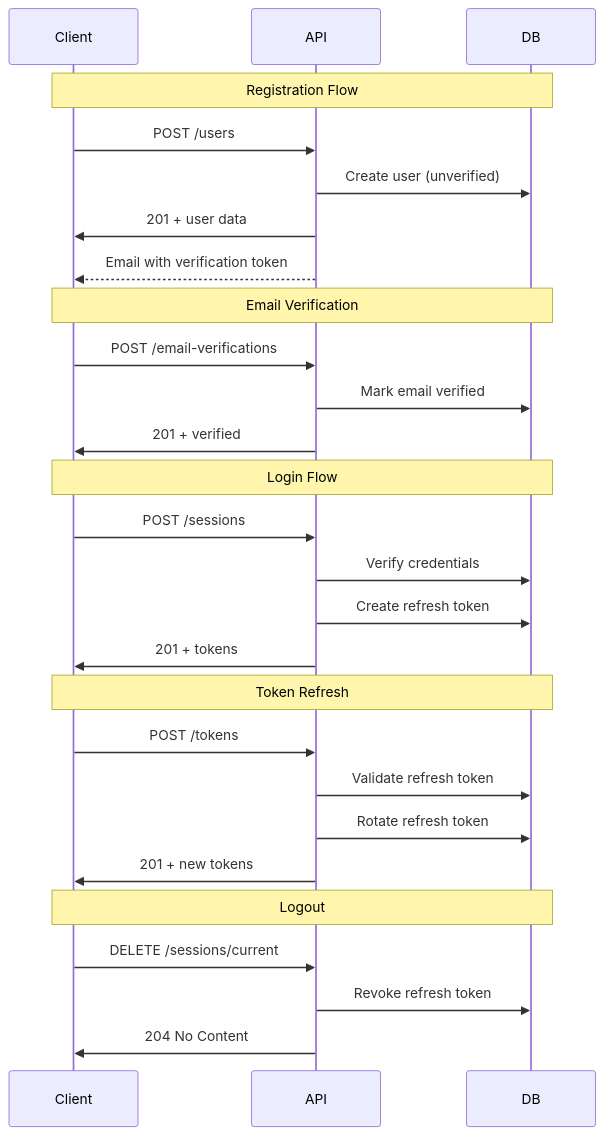
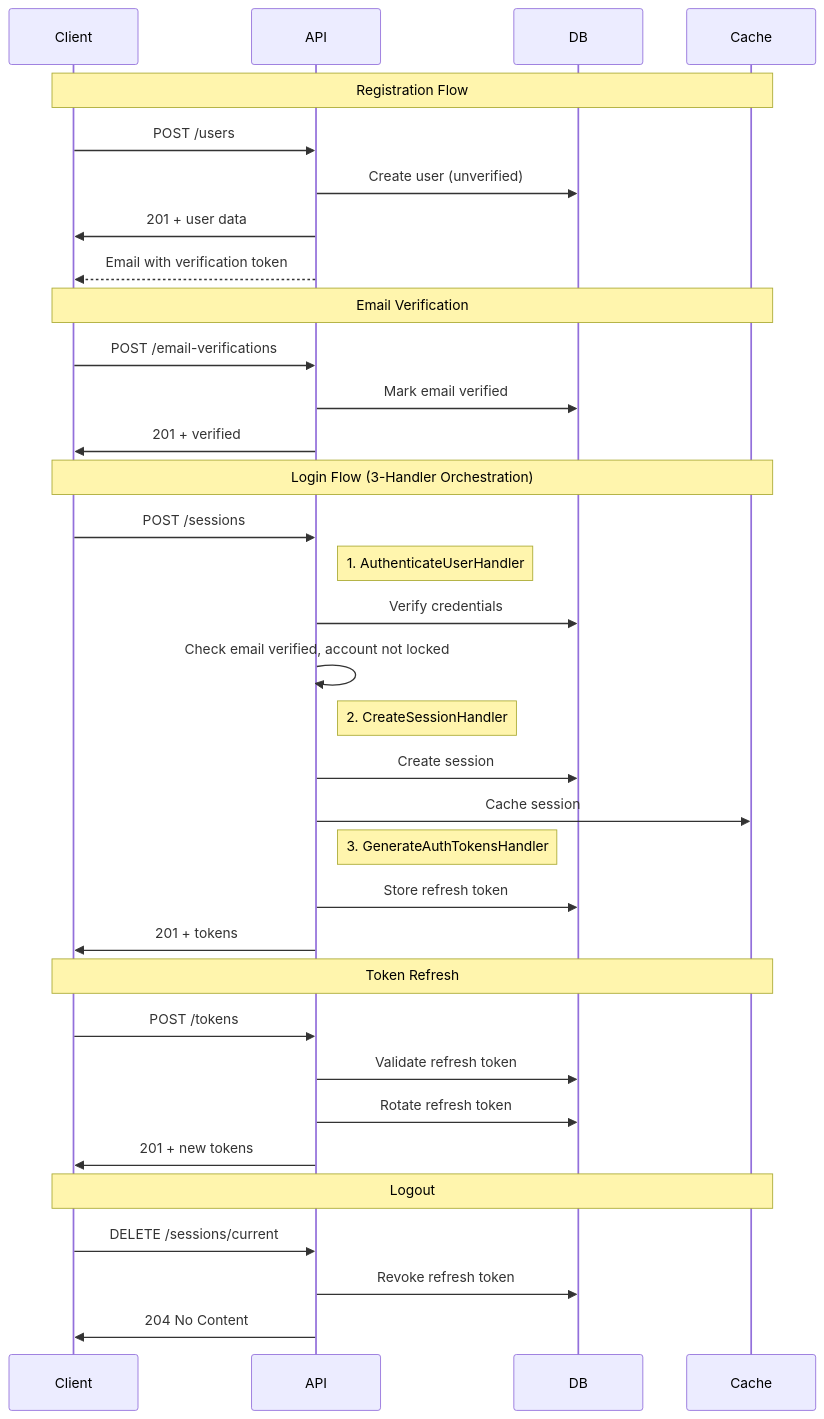
Before and after one commit to faiyaz7283/dashtam-api: the diagram in docs/api/authentication.md, drawn with Mermaid. The commit also changed other lines of this file and 67 other files, not shown here.

````diff
--- a/docs/api/authentication.md
+++ b/docs/api/authentication.md
@@ -283,34 +283,41 @@
 ```mermaid
 sequenceDiagram
     participant Client
     participant API
     participant DB
+    participant Cache
 
-    Note over Client,DB: Registration Flow
+    Note over Client,Cache: Registration Flow
     Client->>API: POST /users
     API->>DB: Create user (unverified)
     API->>Client: 201 + user data
     API-->>Client: Email with verification token
 
-    Note over Client,DB: Email Verification
+    Note over Client,Cache: Email Verification
     Client->>API: POST /email-verifications
     API->>DB: Mark email verified
     API->>Client: 201 + verified
 
-    Note over Client,DB: Login Flow
+    Note over Client,Cache: Login Flow (3-Handler Orchestration)
     Client->>API: POST /sessions
+    Note right of API: 1. AuthenticateUserHandler
     API->>DB: Verify credentials
-    API->>DB: Create refresh token
+    API->>API: Check email verified, account not locked
+    Note right of API: 2. CreateSessionHandler
+    API->>DB: Create session
+    API->>Cache: Cache session
+    Note right of API: 3. GenerateAuthTokensHandler
+    API->>DB: Store refresh token
     API->>Client: 201 + tokens
 
-    Note over Client,DB: Token Refresh
+    Note over Client,Cache: Token Refresh
     Client->>API: POST /tokens
     API->>DB: Validate refresh token
     API->>DB: Rotate refresh token
     API->>Client: 201 + new tokens
 
-    Note over Client,DB: Logout
+    Note over Client,Cache: Logout
     Client->>API: DELETE /sessions/current
     API->>DB: Revoke refresh token
     API->>Client: 204 No Content
 ```
````
